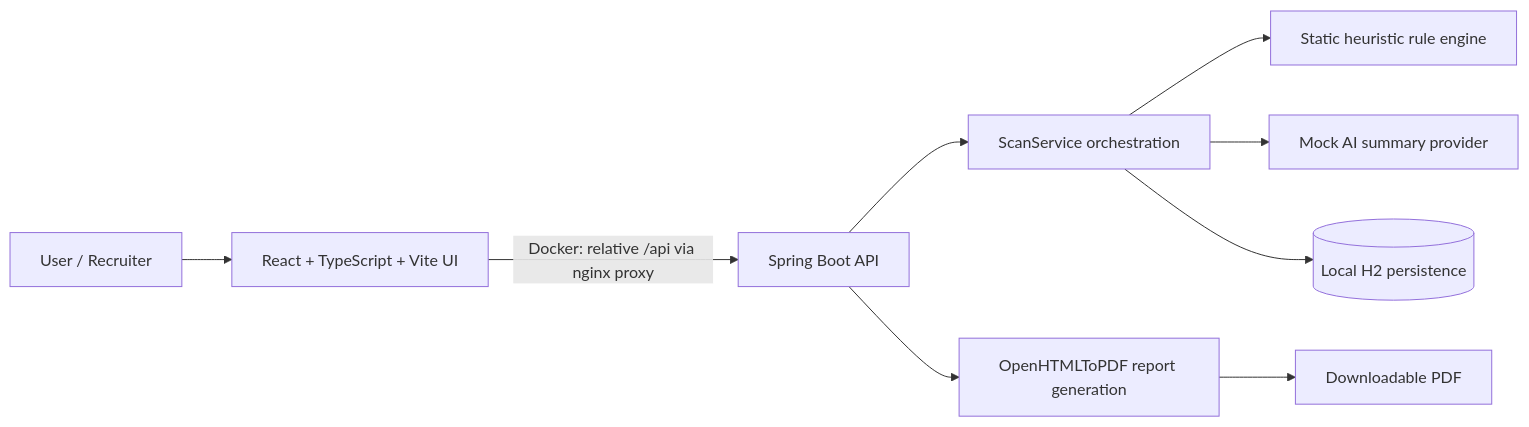
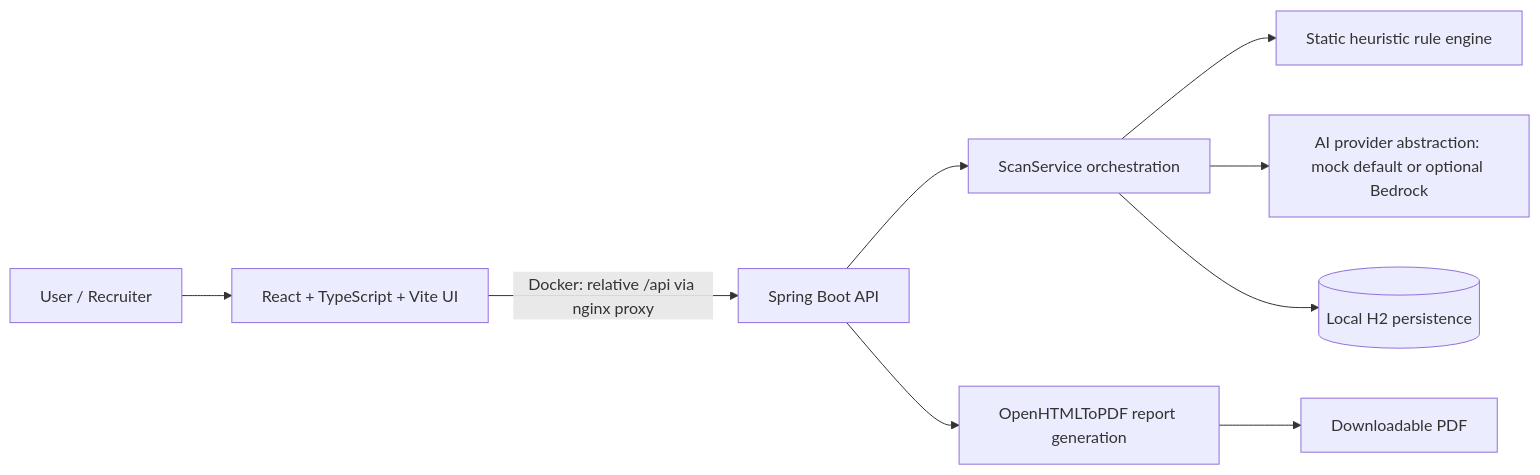
The diagram in README.md (bcalford/securestack-ai), drawn with Mermaid before and after one commit. The commit also changed other lines of this file and 11 other files, not shown here.

Commit message:
Polish Bedrock summary rendering and docs

````diff
--- a/README.md
+++ b/README.md
@@ -42,11 +43,11 @@
 ```mermaid
 flowchart LR
   User[User / Recruiter] --> UI[React + TypeScript + Vite UI]
   UI -->|Docker: relative /api via nginx proxy| API[Spring Boot API]
   API --> Scan[ScanService orchestration]
   Scan --> Rules[Static heuristic rule engine]
-  Scan --> AI[Mock AI summary provider]
+  Scan --> AI[AI provider abstraction: mock default or optional Bedrock]
   Scan --> Store[(Local H2 persistence)]
   API --> Report[OpenHTMLToPDF report generation]
   Report --> PDF[Downloadable PDF]
 ```
````
